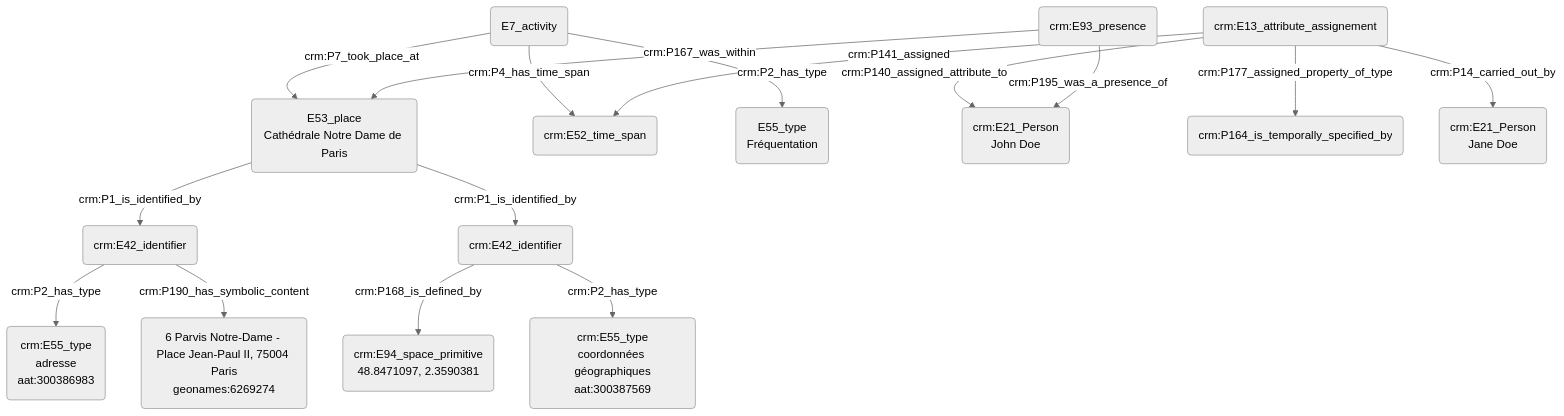
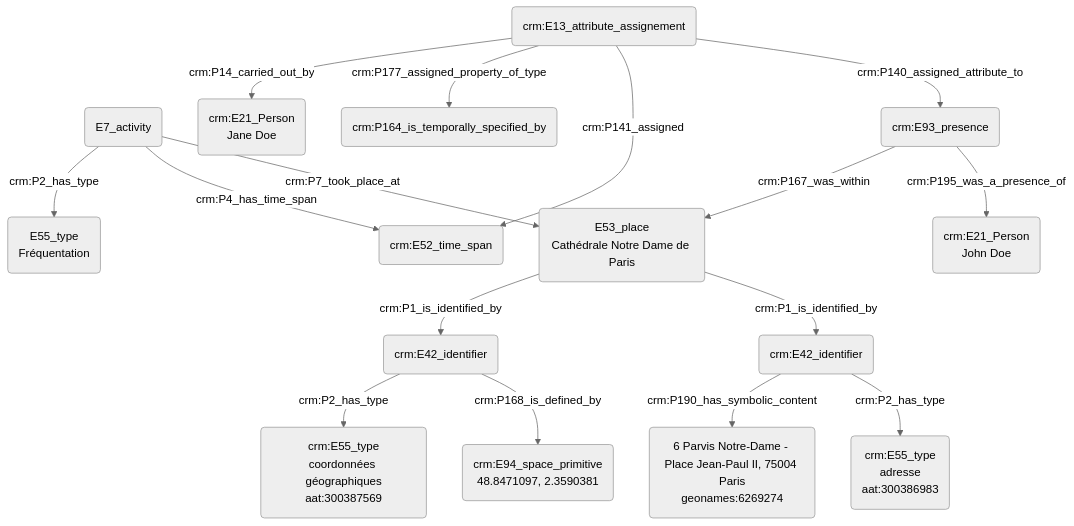
Before and after one commit to Amleth/consortium-musica2-gt2-ontologies: the diagram in modules/livrables/Dossier 2/Prosopographie/fréquentation d'un lieu à un instant donné.md, drawn with Mermaid (neutral theme).

Commit message:
Update fréquentation d'un lieu à un instant donné.md

````diff
--- a/modules/livrables/Dossier 2/Prosopographie/fréquentation d'un lieu à un instant donné.md
+++ b/modules/livrables/Dossier 2/Prosopographie/fréquentation d'un lieu à un instant donné.md
@@ -17,25 +17,25 @@
 ```mermaid
 graph TD;
 
 
 
 B(E7_activity) -->|crm:P7_took_place_at| I(E53_place<br>Cathédrale Notre Dame de Paris)
 I(E53_place<br>Cathédrale Notre Dame de Paris) --> |crm:P1_is_identified_by| M(crm:E42_identifier)
 M(crm:E42_identifier) --> |crm:P2_has_type| K(crm:E55_type<br>adresse<br>aat:300386983)
 M(crm:E42_identifier) --> |crm:P190_has_symbolic_content| N(6 Parvis Notre-Dame - Place Jean-Paul II, 75004 Paris<br>geonames:6269274)
 I(E53_place<br>Cathédrale Notre Dame de Paris) --> |crm:P1_is_identified_by| X(crm:E42_identifier)
 X(crm:E42_identifier) --> |crm:P168_is_defined_by| L(crm:E94_space_primitive<br>48.8471097, 2.3590381)
 X(crm:E42_identifier) --> |crm:P2_has_type| Y(crm:E55_type<br>coordonnées géographiques<br>aat:300387569)
 
 B(E7_activity) --> |crm:P4_has_time_span| D(crm:E52_time_span<br>Date ISO 8601)
 B(E7_activity) -->|crm:P2_has_type| C(E55_type<br>Fréquentation)
 
-U(crm:E13_attribute_assignement) --> |crm:P140_assigned_attribute_to| A(crm:E21_Person<br>John Doe)
+U(crm:E13_attribute_assignement) --> |crm:P140_assigned_attribute_to| R(crm:E93_presence)
 U(crm:E13_attribute_assignement) --> |crm:P141_assigned| D(crm:E52_time_span)
 U(crm:E13_attribute_assignement) --> |crm:P177_assigned_property_of_type| S(crm:P164_is_temporally_specified_by)
 U(crm:E13_attribute_assignement) --> |crm:P14_carried_out_by| V(crm:E21_Person<br>Jane Doe)
 
 R(crm:E93_presence) --> |crm:P195_was_a_presence_of| A(crm:E21_Person<br>John Doe)
 R(crm:E93_presence) --> |crm:P167_was_within| I(E53_place<br>Cathédrale Notre Dame de Paris)
 
 ```
````
